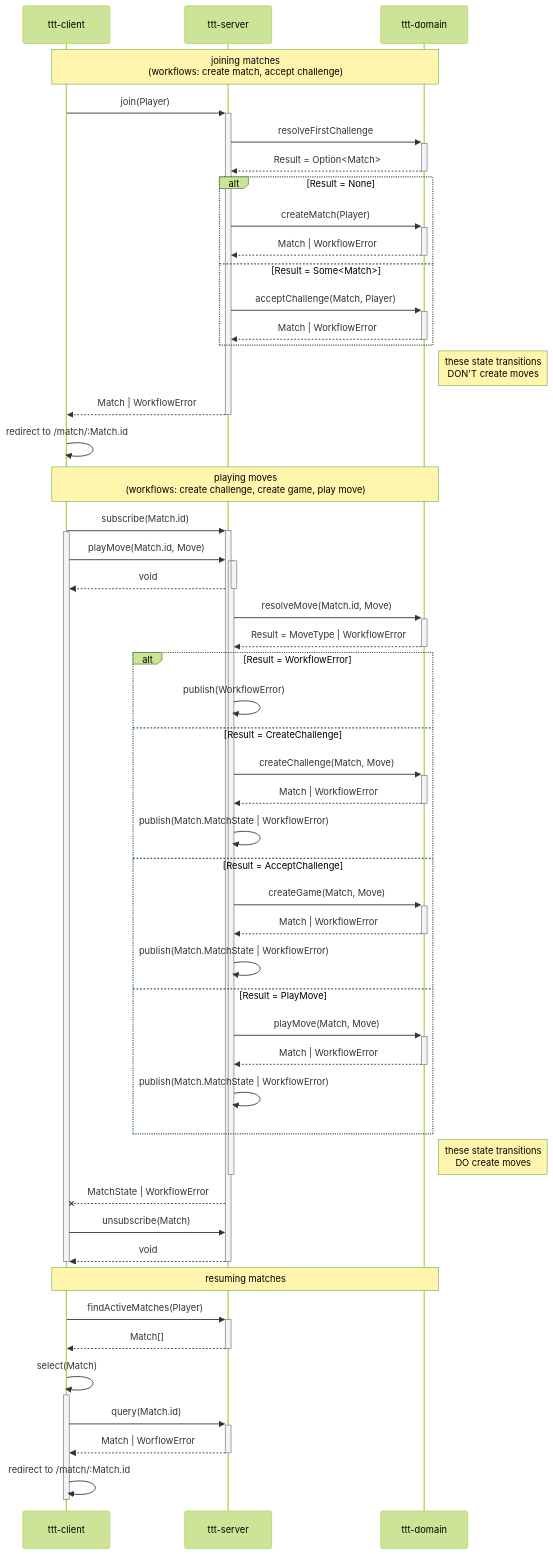
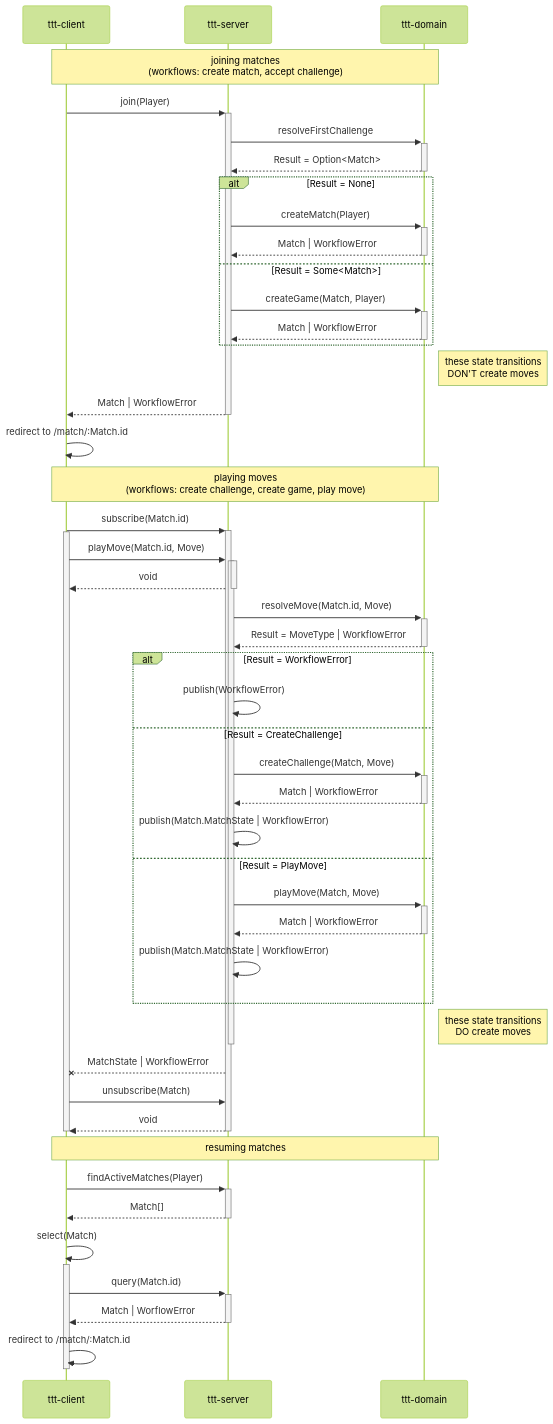
Before and after one commit to grancalavera/ttt: the diagram in sequence-diagram.md, drawn with Mermaid (forest theme). The commit also changed 8 other files, not shown here.

```diff
--- a/sequence-diagram.md
+++ b/sequence-diagram.md
@@ -16,7 +16,7 @@
       d-->>-s: Match | WorkflowError
 
     else Result = Some<Match>
-      s->>+d: acceptChallenge(Match, Player)
+      s->>+d: createGame(Match, Player)
 
       d-->>-s: Match | WorkflowError
     end
@@ -47,13 +47,6 @@
     d-->>-s: Match | WorkflowError
     s->>s: publish(Match.MatchState | WorkflowError)
 
-
-  else Result = AcceptChallenge
-    s->>+d: createGame(Match, Move)
-    d-->>-s: Match | WorkflowError
-    s->>s: publish(Match.MatchState | WorkflowError)
-
-
   else Result = PlayMove
     s->>+d: playMove(Match, Move)
     d-->>-s: Match | WorkflowError
```
